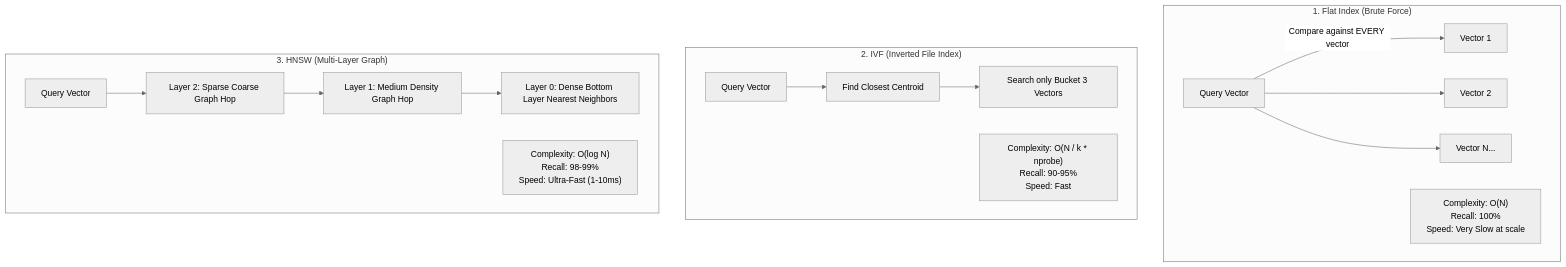
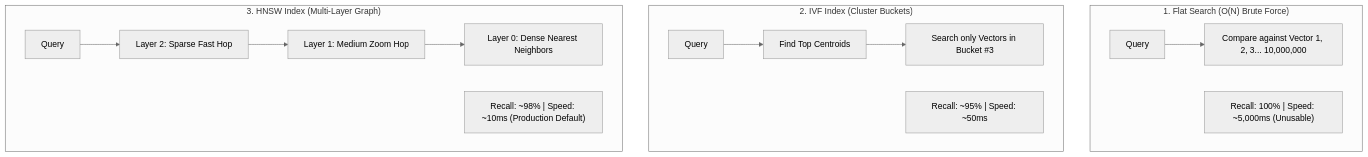
One commit to Nishant8826/theory-leaning changed the ninth of 31 diagrams in RAG/01_RAG_30_Questions.md. Above: the diagram before and after it, drawn with Mermaid (neutral theme). The commit also changed other lines of this file and 2 other files, not shown here.

````diff
--- a/RAG/01_RAG_30_Questions.md
+++ b/RAG/01_RAG_30_Questions.md
@@ -597,22 +538,20 @@
 ```mermaid
 flowchart TD
-    subgraph Flat["1. Flat Index (Brute Force)"]
-        Q1[Query Vector] -->|Compare against EVERY vector| V1[Vector 1]
-        Q1 --> V2[Vector 2]
-        Q1 --> VN[Vector N...]
-        Note1["Complexity: O(N)<br/>Recall: 100%<br/>Speed: Very Slow at scale"]
+    subgraph Flat["1. Flat Search (O(N) Brute Force)"]
+        Q1[Query] --> V1[Compare against Vector 1, 2, 3... 10,000,000]
+        Note1["Recall: 100% | Speed: ~5,000ms (Unusable)"]
     end
 
-    subgraph IVF["2. IVF (Inverted File Index)"]
-        Q2[Query Vector] --> C[Find Closest Centroid]
-        C --> B1[Search only Bucket 3 Vectors]
-        Note2["Complexity: O(N / k * nprobe)<br/>Recall: 90-95%<br/>Speed: Fast"]
+    subgraph IVF["2. IVF Index (Cluster Buckets)"]
+        Q2[Query] --> CENT[Find Top Centroids]
+        CENT --> BUCK[Search only Vectors in Bucket #3]
+        Note2["Recall: ~95% | Speed: ~50ms"]
     end
 
-    subgraph HNSW["3. HNSW (Multi-Layer Graph)"]
-        Q3[Query Vector] --> L2[Layer 2: Sparse Coarse Graph Hop]
-        L2 --> L1[Layer 1: Medium Density Graph Hop]
-        L1 --> L0[Layer 0: Dense Bottom Layer Nearest Neighbors]
-        Note3["Complexity: O(log N)<br/>Recall: 98-99%<br/>Speed: Ultra-Fast (1-10ms)"]
+    subgraph HNSW["3. HNSW Index (Multi-Layer Graph)"]
+        Q3[Query] --> L2[Layer 2: Sparse Fast Hop]
+        L2 --> L1[Layer 1: Medium Zoom Hop]
+        L1 --> L0[Layer 0: Dense Nearest Neighbors]
+        Note3["Recall: ~98% | Speed: ~10ms (Production Default)"]
     end
 ```
````
